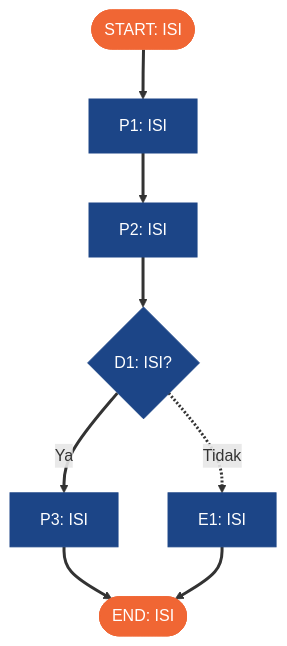
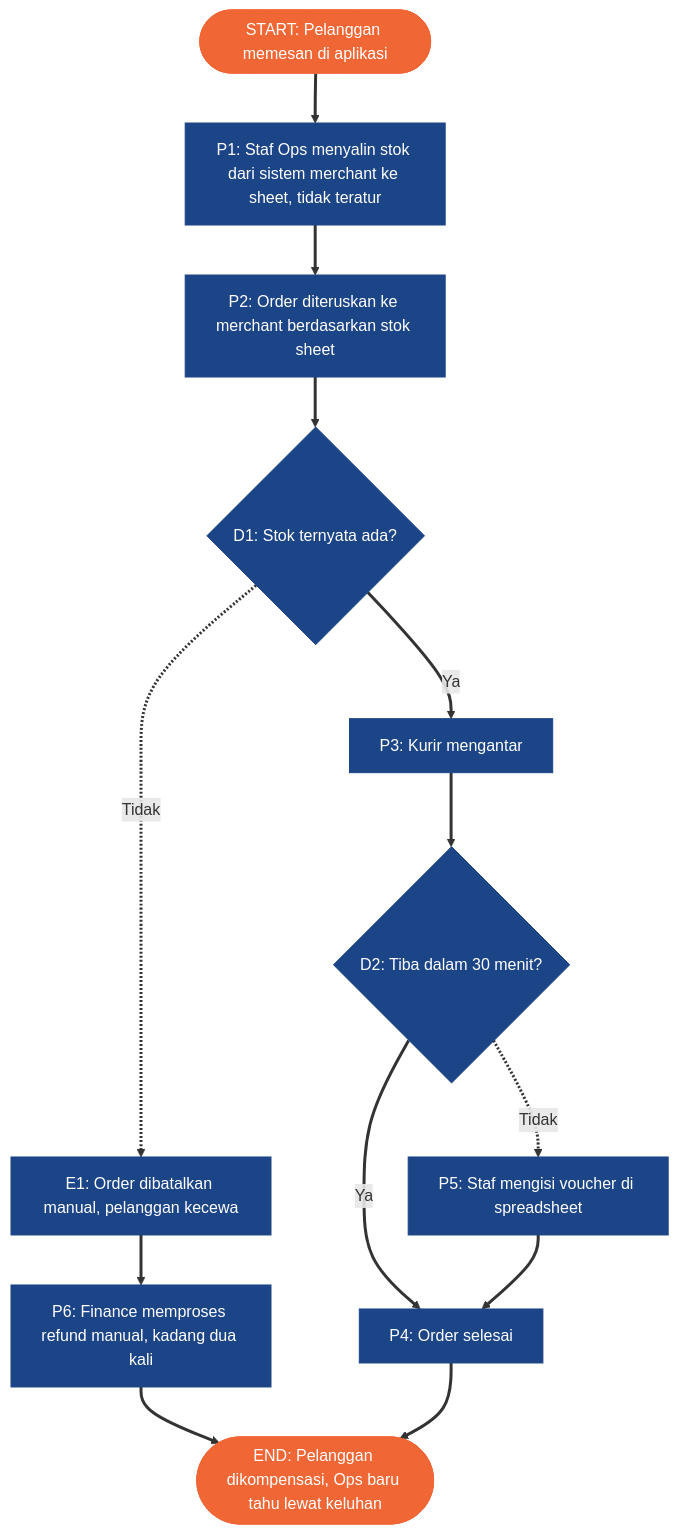
Before and after one commit to muhgifariakbar/milestone_phase_3: the first of 2 diagrams in docs/01-brd-process-map.md, drawn with Mermaid. The commit also changed other lines of this file and 14 other files, not shown here.

````diff
--- a/docs/01-brd-process-map.md
+++ b/docs/01-brd-process-map.md
@@ -28,24 +21,29 @@
 ```mermaid
 ---
 config:
   look: classic
   flowchart:
     subGraphTitleMargin:
       top: 12
       bottom: 12
 ---
 flowchart TD
-    START([START: ISI]) --> P1[P1: ISI]
-    P1 --> P2[P2: ISI]
-    P2 --> D1{D1: ISI?}
-    D1 -- Ya --> P3[P3: ISI]
-    D1 -. Tidak .-> E1[E1: ISI]
-    P3 --> END([END: ISI])
-    E1 --> END
+    START([START: Pelanggan memesan di aplikasi]) --> P1[P1: Staf Ops menyalin stok dari sistem merchant ke sheet, tidak teratur]
+    P1 --> P2[P2: Order diteruskan ke merchant berdasarkan stok sheet]
+    P2 --> D1{D1: Stok ternyata ada?}
+    D1 -- Ya --> P3[P3: Kurir mengantar]
+    D1 -. Tidak .-> E1[E1: Order dibatalkan manual, pelanggan kecewa]
+    P3 --> D2{D2: Tiba dalam 30 menit?}
+    D2 -- Ya --> P4[P4: Order selesai]
+    D2 -. Tidak .-> P5[P5: Staf mengisi voucher di spreadsheet]
+    E1 --> P6[P6: Finance memproses refund manual, kadang dua kali]
+    P5 --> P4
+    P6 --> END([END: Pelanggan dikompensasi, Ops baru tahu lewat keluhan])
+    P4 --> END
     linkStyle default stroke-width:3px
     classDef navy fill:#1C4587,stroke:#1C4587,color:#FFFFFF
     classDef orange fill:#F06634,stroke:#F06634,color:#FFFFFF
     classDef opt fill:none,stroke:#F06634,stroke-width:3px,stroke-dasharray:6 4
     class START,END orange
-    class P1,P2,P3,D1,E1 navy
+    class P1,P2,P3,P4,P5,P6,D1,D2,E1 navy
 ```
````
